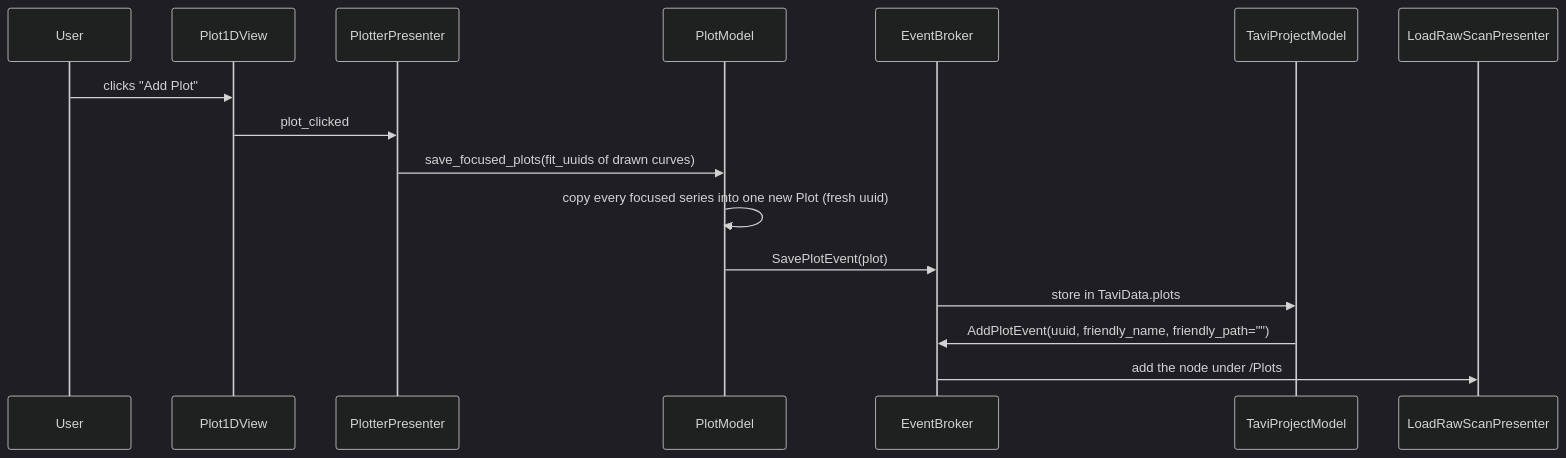
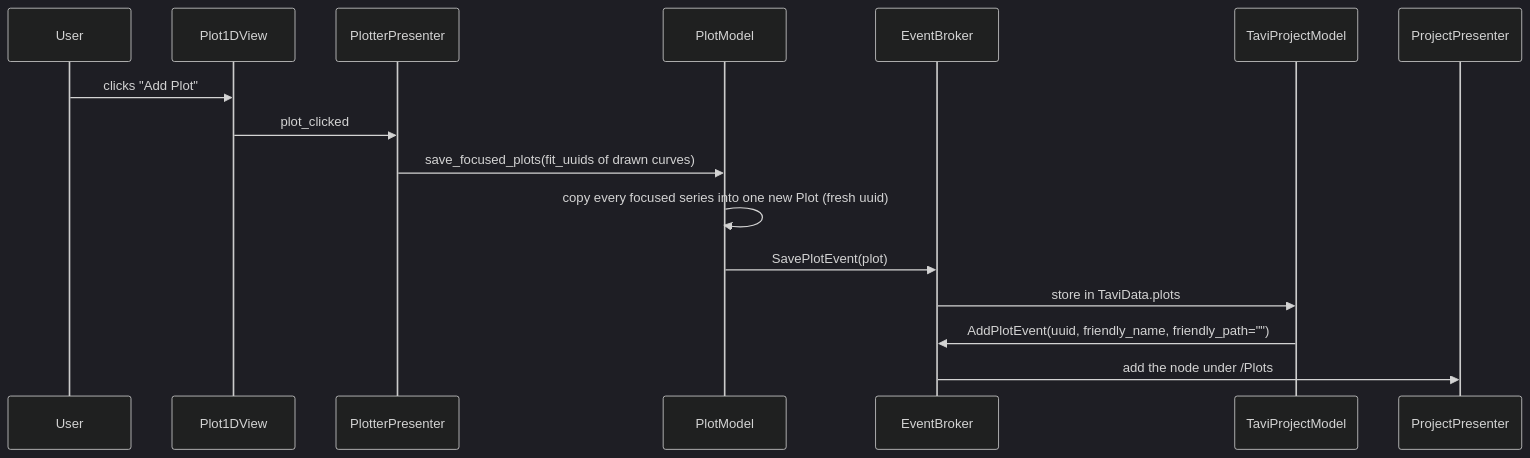
The fourth of 4 diagrams in docs/source/design/frontend/visualization_flow.rst (neutrons/TAVI), drawn with Mermaid (dark theme) before and after one commit. The commit also changed other lines of this file and 33 other files, not shown here.

```diff
--- a/docs/source/design/frontend/visualization_flow.rst
+++ b/docs/source/design/frontend/visualization_flow.rst
@@ -224,19 +224,19 @@
 .. mermaid::
 
     sequenceDiagram
         participant User
         participant Plot1DView
         participant PlotterPresenter
         participant PlotModel
         participant EventBroker
         participant TaviProjectModel
-        participant LoadRawScanPresenter
+        participant ProjectPresenter
 
         User ->> Plot1DView: clicks "Add Plot"
         Plot1DView ->> PlotterPresenter: plot_clicked
         PlotterPresenter ->> PlotModel: save_focused_plots(fit_uuids of drawn curves)
         PlotModel ->> PlotModel: copy every focused series into one new Plot (fresh uuid)
         PlotModel ->> EventBroker: SavePlotEvent(plot)
         EventBroker ->> TaviProjectModel: store in TaviData.plots
         TaviProjectModel ->> EventBroker: AddPlotEvent(uuid, friendly_name, friendly_path="")
-        EventBroker ->> LoadRawScanPresenter: add the node under /Plots
+        EventBroker ->> ProjectPresenter: add the node under /Plots
```
